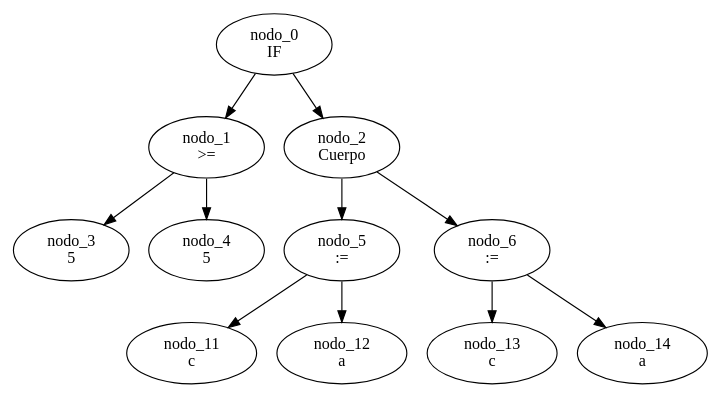
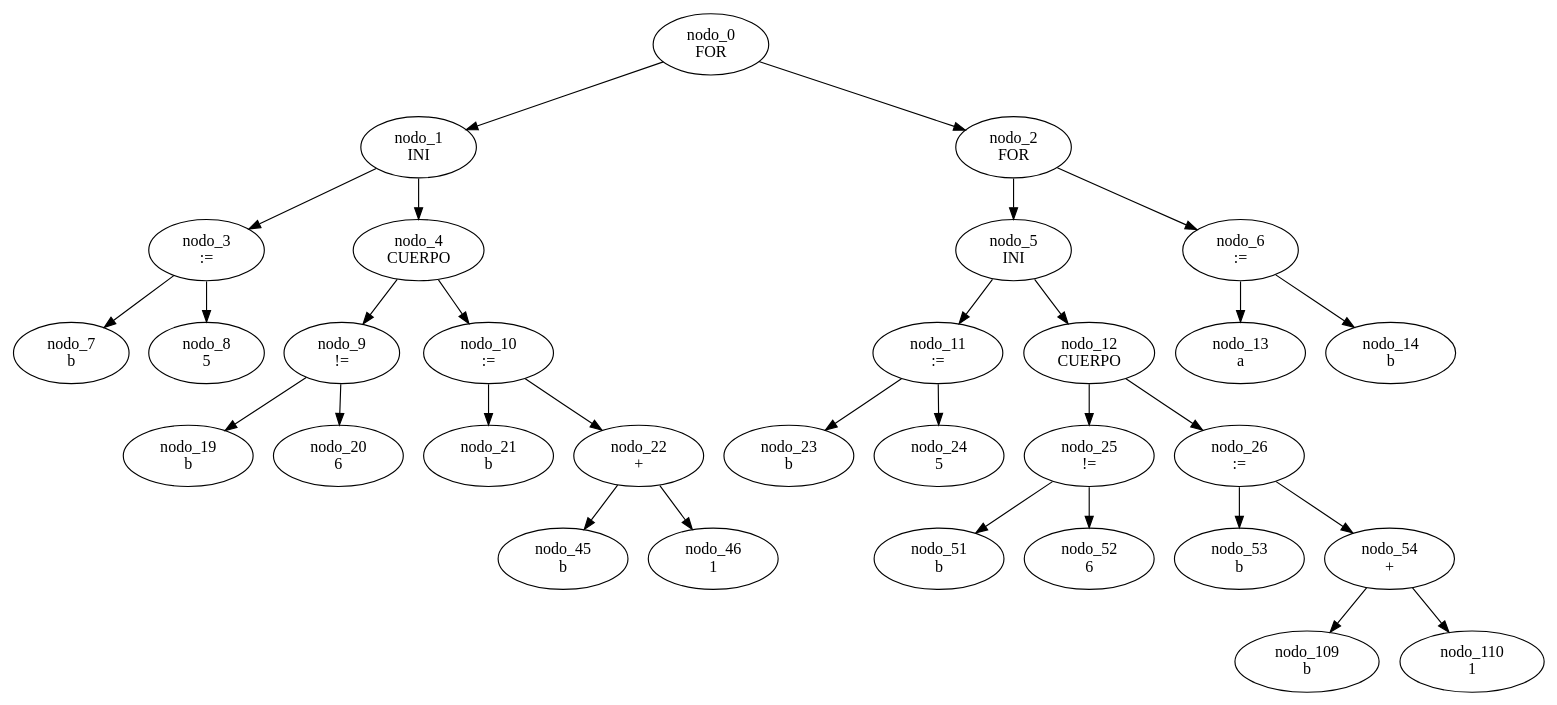
One commit to FacuBouza/TP_LyC_Grupo07 changed the diagram in Codigo/gragh.dot. Above: the diagram before and after it, drawn with Graphviz. The commit also changed 10 other files, not shown here.

```diff
--- a/Codigo/gragh.dot
+++ b/Codigo/gragh.dot
@@ -1,12 +1,32 @@
 digraph G {
-	"nodo_0 \nIF" -> "nodo_1 \n>="
-	"nodo_0 \nIF" -> "nodo_2 \nCuerpo"
-	"nodo_1 \n>=" -> "nodo_3 \n5"
-	"nodo_1 \n>=" -> "nodo_4 \n5"
-	"nodo_2 \nCuerpo" -> "nodo_5 \n:="
-	"nodo_2 \nCuerpo" -> "nodo_6 \n:="
-	"nodo_5 \n:=" -> "nodo_11 \nc"
-	"nodo_5 \n:=" -> "nodo_12 \na"
-	"nodo_6 \n:=" -> "nodo_13 \nc"
-	"nodo_6 \n:=" -> "nodo_14 \na"
+	"nodo_0 \nFOR" -> "nodo_1 \nINI"
+	"nodo_0 \nFOR" -> "nodo_2 \nFOR"
+	"nodo_1 \nINI" -> "nodo_3 \n:="
+	"nodo_1 \nINI" -> "nodo_4 \nCUERPO"
+	"nodo_3 \n:=" -> "nodo_7 \nb"
+	"nodo_3 \n:=" -> "nodo_8 \n5"
+	"nodo_4 \nCUERPO" -> "nodo_9 \n!="
+	"nodo_4 \nCUERPO" -> "nodo_10 \n:="
+	"nodo_9 \n!=" -> "nodo_19 \nb"
+	"nodo_9 \n!=" -> "nodo_20 \n6"
+	"nodo_10 \n:=" -> "nodo_21 \nb"
+	"nodo_10 \n:=" -> "nodo_22 \n+"
+	"nodo_22 \n+" -> "nodo_45 \nb"
+	"nodo_22 \n+" -> "nodo_46 \n1"
+	"nodo_2 \nFOR" -> "nodo_5 \nINI"
+	"nodo_2 \nFOR" -> "nodo_6 \n:="
+	"nodo_5 \nINI" -> "nodo_11 \n:="
+	"nodo_5 \nINI" -> "nodo_12 \nCUERPO"
+	"nodo_11 \n:=" -> "nodo_23 \nb"
+	"nodo_11 \n:=" -> "nodo_24 \n5"
+	"nodo_12 \nCUERPO" -> "nodo_25 \n!="
+	"nodo_12 \nCUERPO" -> "nodo_26 \n:="
+	"nodo_25 \n!=" -> "nodo_51 \nb"
+	"nodo_25 \n!=" -> "nodo_52 \n6"
+	"nodo_26 \n:=" -> "nodo_53 \nb"
+	"nodo_26 \n:=" -> "nodo_54 \n+"
+	"nodo_54 \n+" -> "nodo_109 \nb"
+	"nodo_54 \n+" -> "nodo_110 \n1"
+	"nodo_6 \n:=" -> "nodo_13 \na"
+	"nodo_6 \n:=" -> "nodo_14 \nb"
 }
```
